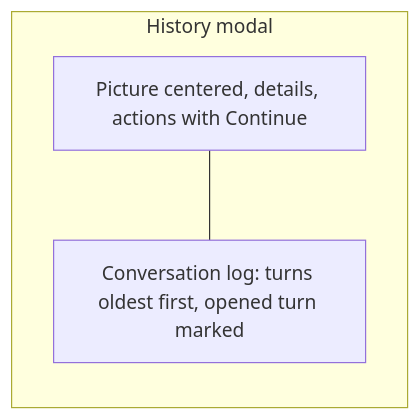
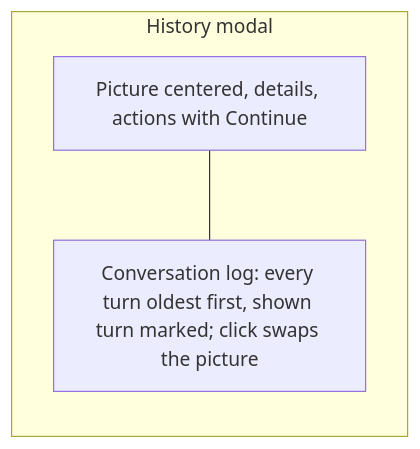
Before and after one commit to papodaca/easel: the third of 3 diagrams in docs/plans/2026-10-27-1128-feat-image-conversation-mode-plan.md, drawn with Mermaid. The commit also changed other lines of this file, not shown here.

Commit message:
docs: fold conversation turns into one history item

````diff
--- a/docs/plans/2026-10-27-1128-feat-image-conversation-mode-plan.md
+++ b/docs/plans/2026-10-27-1128-feat-image-conversation-mode-plan.md
@@ -186,8 +215,8 @@
 ```mermaid
 flowchart LR
   subgraph modal[History modal]
     picture[Picture centered, details, actions with Continue]
-    log[Conversation log: turns oldest first, opened turn marked]
+    log[Conversation log: every turn oldest first, shown turn marked; click swaps the picture]
   end
   picture --- log
 ```
````
